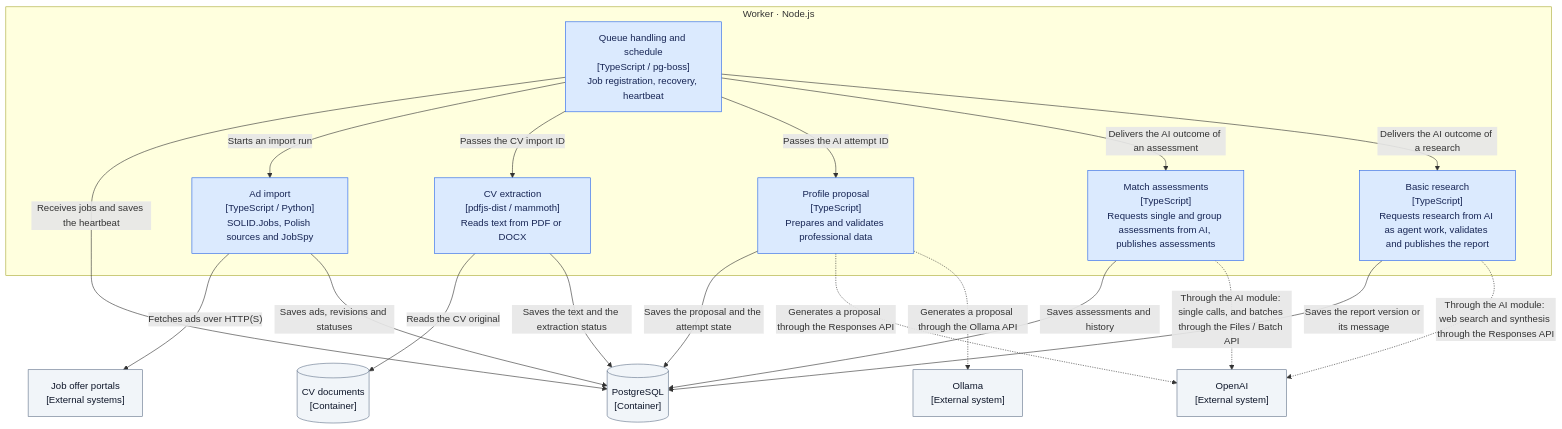
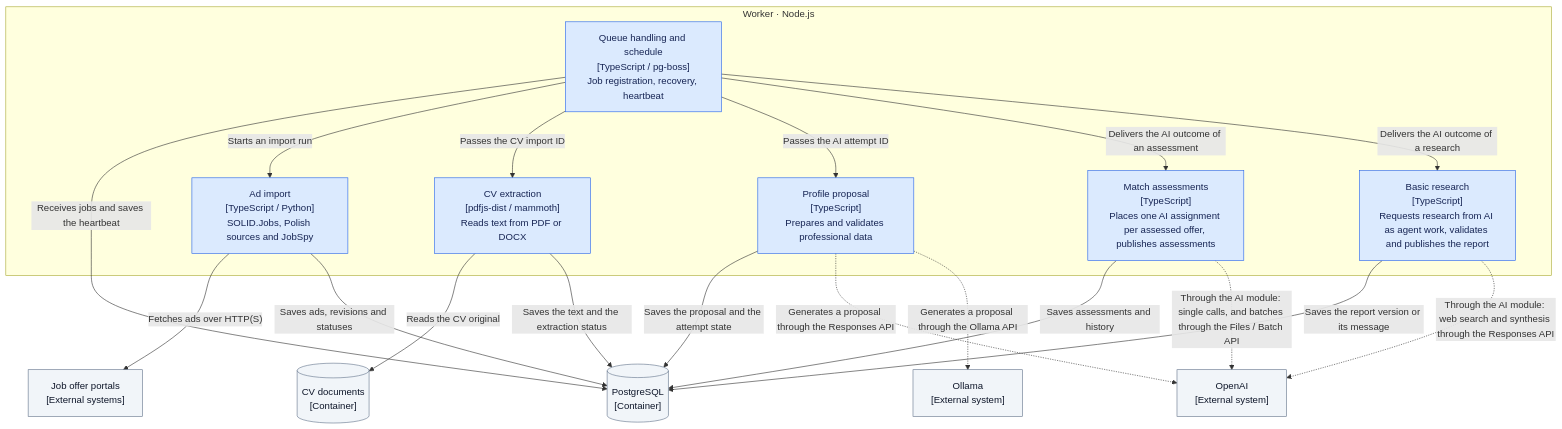
Before and after one commit to pioziol123/ofertorix-rekrutus: the fourth of 5 diagrams in docs/architecture/README.md, drawn with Mermaid. The commit also changed other lines of this file and 4 other files, not shown here.

Commit message:
oferty-pracy-sq2.9: Drop Matching's requesting code of the old way; describe assessments through assignments in Matching, the AI module and the architecture

````diff
--- a/docs/architecture/README.md
+++ b/docs/architecture/README.md
@@ -127,40 +127,40 @@
 ```mermaid
 flowchart TB
   DB[("PostgreSQL<br/>[Container]")]
   Files[("CV documents<br/>[Container]")]
   Boards["Job offer portals<br/>[External systems]"]
   OpenAI["OpenAI<br/>[External system]"]
   Ollama["Ollama<br/>[External system]"]
 
   subgraph Worker["Worker · Node.js"]
     Runtime["Queue handling and schedule<br/>[TypeScript / pg-boss]<br/>Job registration, recovery, heartbeat"]
     Import["Ad import<br/>[TypeScript / Python]<br/>SOLID.Jobs, Polish sources and JobSpy"]
     Parse["CV extraction<br/>[pdfjs-dist / mammoth]<br/>Reads text from PDF or DOCX"]
     Profile["Profile proposal<br/>[TypeScript]<br/>Prepares and validates professional data"]
-    Matching["Match assessments<br/>[TypeScript]<br/>Requests single and group assessments from AI, publishes assessments"]
+    Matching["Match assessments<br/>[TypeScript]<br/>Places one AI assignment per assessed offer, publishes assessments"]
     Research["Basic research<br/>[TypeScript]<br/>Requests research from AI as agent work, validates and publishes the report"]
   end
 
   Runtime -->|"Receives jobs and saves the heartbeat"| DB
   Runtime -->|"Starts an import run"| Import
   Runtime -->|"Passes the CV import ID"| Parse
   Runtime -->|"Passes the AI attempt ID"| Profile
   Runtime -->|"Delivers the AI outcome of an assessment"| Matching
   Runtime -->|"Delivers the AI outcome of a research"| Research
   Import -->|"Fetches ads over HTTP(S)"| Boards
   Import -->|"Saves ads, revisions and statuses"| DB
   Parse -->|"Reads the CV original"| Files
   Parse -->|"Saves the text and the extraction status"| DB
   Profile -->|"Saves the proposal and the attempt state"| DB
   Matching -->|"Saves assessments and history"| DB
   Research -->|"Saves the report version or its message"| DB
   Profile -.->|"Generates a proposal through the Responses API"| OpenAI
   Profile -.->|"Generates a proposal through the Ollama API"| Ollama
   Matching -.->|"Through the AI module: single calls, and batches through the Files / Batch API"| OpenAI
   Research -.->|"Through the AI module: web search and synthesis through the Responses API"| OpenAI
 
   classDef internal fill:#dbeafe,stroke:#2563eb,color:#172554
   classDef external fill:#f1f5f9,stroke:#64748b,color:#0f172a
   class Runtime,Import,Parse,Profile,Matching,Research internal
   class DB,Files,Boards,OpenAI,Ollama external
 ```
````
